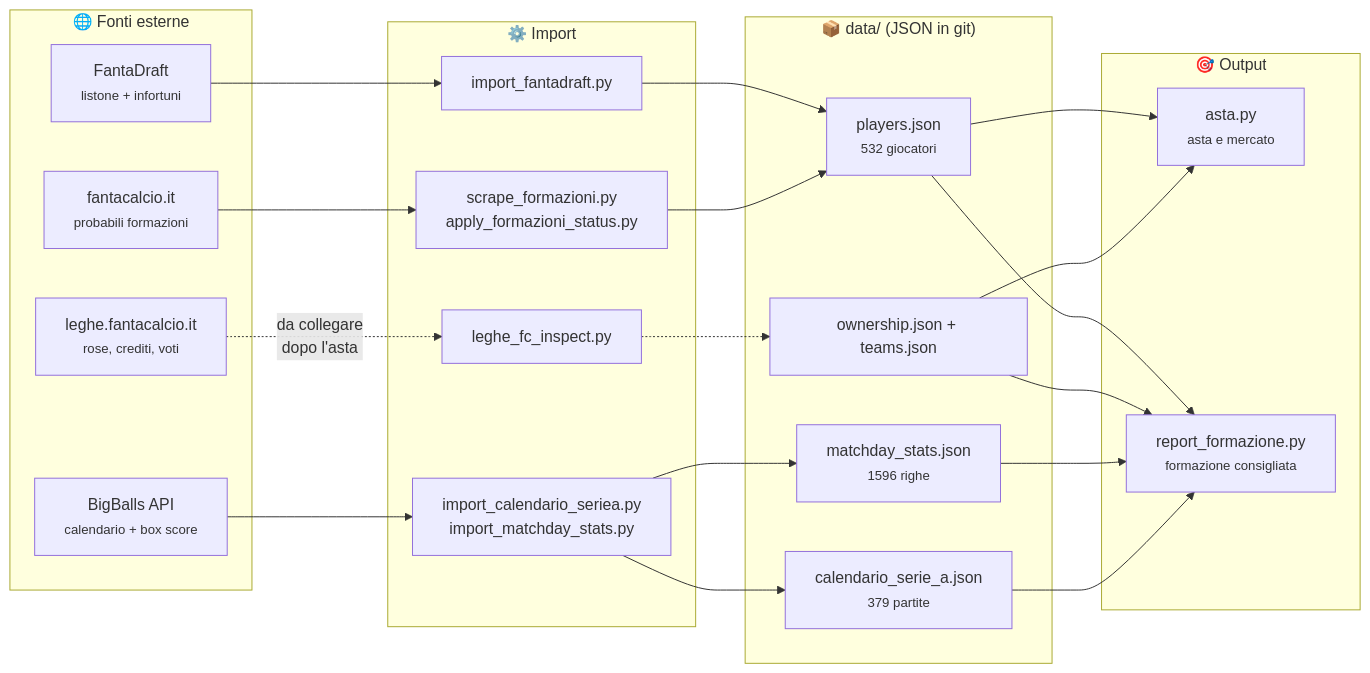
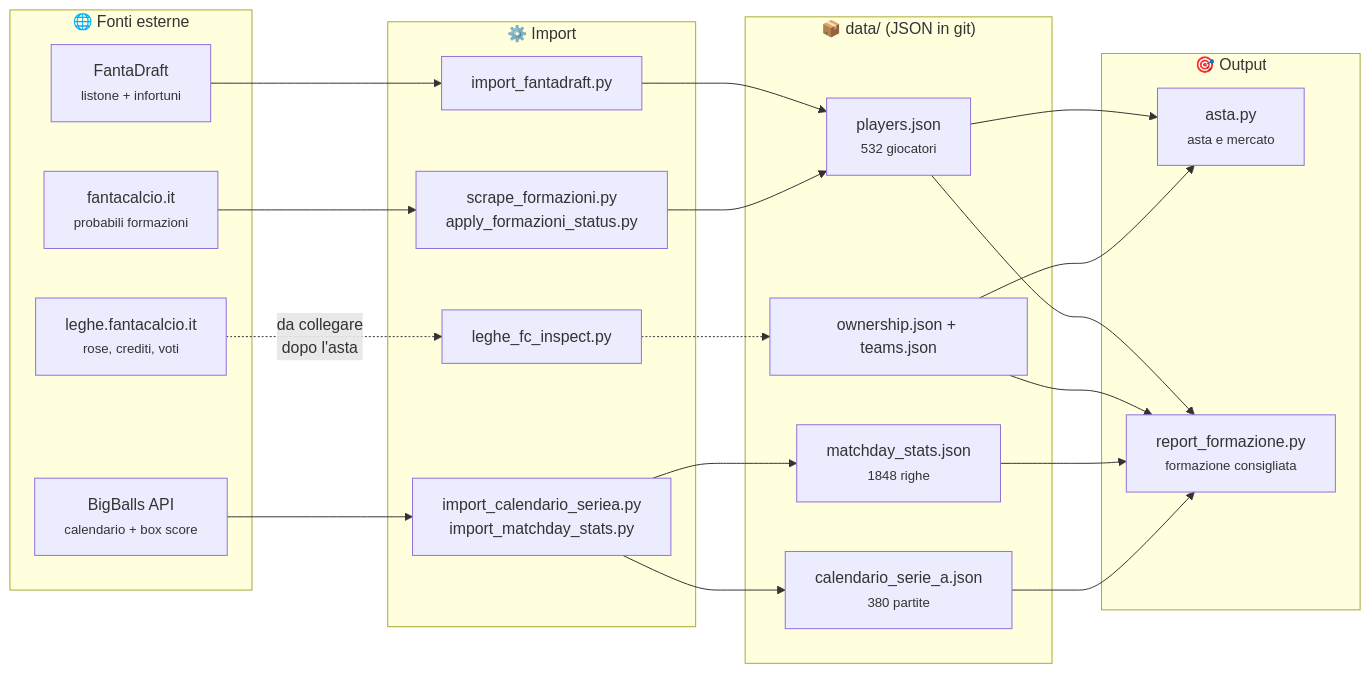
The diagram in README.md (FynePool/fanta-carbonara), drawn with Mermaid before and after one commit. The commit also changed other lines of this file, not shown here.

````diff
--- a/README.md
+++ b/README.md
@@ -38,35 +38,35 @@
 ```mermaid
 flowchart LR
     subgraph fonti["🌐 Fonti esterne"]
         FD["FantaDraft<br/><small>listone + infortuni</small>"]
         FC["fantacalcio.it<br/><small>probabili formazioni</small>"]
         BB["BigBalls API<br/><small>calendario + box score</small>"]
         LF["leghe.fantacalcio.it<br/><small>rose, crediti, voti</small>"]
     end
 
     subgraph scripts["⚙️ Import"]
         I1["import_fantadraft.py"]
         I2["scrape_formazioni.py<br/>apply_formazioni_status.py"]
         I3["import_calendario_seriea.py<br/>import_matchday_stats.py"]
         I4["leghe_fc_inspect.py"]
     end
 
     subgraph dati["📦 data/ (JSON in git)"]
         P["players.json<br/><small>532 giocatori</small>"]
-        C["calendario_serie_a.json<br/><small>379 partite</small>"]
-        M["matchday_stats.json<br/><small>1596 righe</small>"]
+        C["calendario_serie_a.json<br/><small>380 partite</small>"]
+        M["matchday_stats.json<br/><small>1848 righe</small>"]
         O["ownership.json + teams.json"]
     end
 
     subgraph out["🎯 Output"]
         A["asta.py<br/><small>asta e mercato</small>"]
         R["report_formazione.py<br/><small>formazione consigliata</small>"]
     end
 
     FD --> I1 --> P
     FC --> I2 --> P
     BB --> I3 --> C & M
     LF -.->|"da collegare<br/>dopo l'asta"| I4 -.-> O
     P & O --> A
     P & O & M & C --> R
 ```
````
